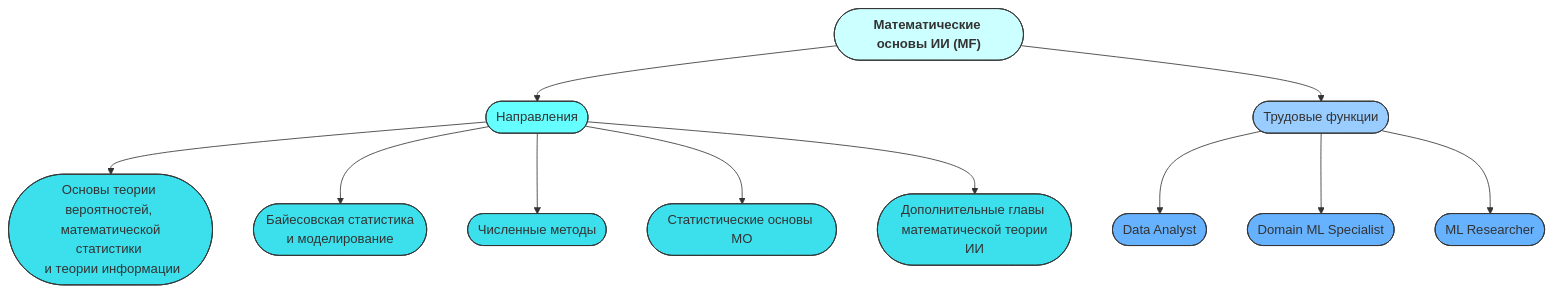
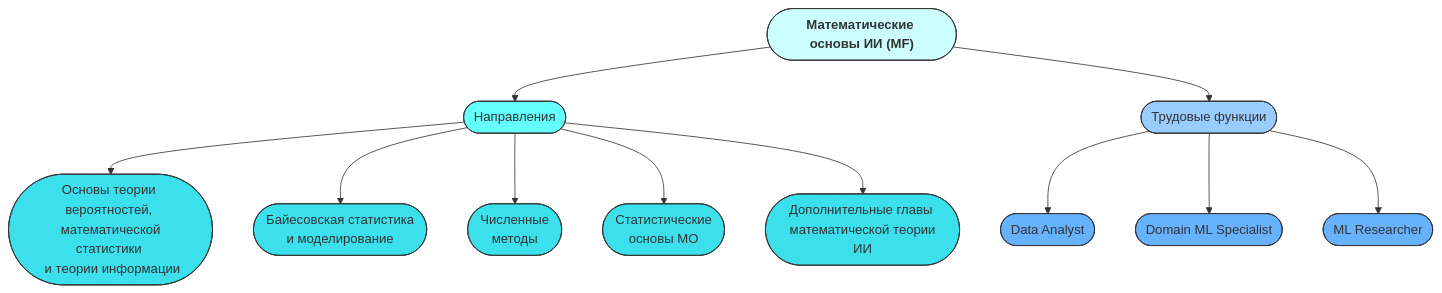
Before and after one commit to aimclub/ai-competency-model: the first of 2 diagrams in README.md, drawn with Mermaid.

````diff
--- a/README.md
+++ b/README.md
@@ -3,30 +3,30 @@
 ```mermaid
 graph TD;
 classDef areaMathStyle fill:#CCFFFF,stroke:#333,stroke-width:1px
 classDef areasMath fill:#66FFFF,stroke:#333,stroke-width:1px
 classDef jobsMath fill:#99CCFF,stroke:#333,stroke-width:1px
 classDef aspectMathStyle fill:#3BE0EC,stroke:#333,stroke-width:1px
 classDef jobsMathStyle fill:#66B2FF,stroke:#333,stroke-width:1px
 
 AreaMath(["`**Математические основы ИИ (MF)**`"]):::areaMathStyle -->apectsMath(["Направления"]):::areasMath
 apectsMath -->aspectProbabilityStatistics(["Основы теории вероятностей, <br> математической статистики <br> и теории информации"]):::aspectMathStyle
 apectsMath -->aspectBayesStatistics(["Байесовская статистика <br> и моделирование"]):::aspectMathStyle
-apectsMath -->aspectNumericMethods(["Численные методы"]):::aspectMathStyle
-apectsMath -->aspectMLStatistics(["Статистические основы МО"]):::aspectMathStyle
+apectsMath -->aspectNumericMethods(["Численные <br> методы"]):::aspectMathStyle
+apectsMath -->aspectMLStatistics(["Статистические <br> основы МО"]):::aspectMathStyle
 apectsMath -->aspectAdditionalAIMath(["Дополнительные главы <br> математической теории ИИ"]):::aspectMathStyle
 
 AreaMath -->jobsMath(["Трудовые функции"]):::jobsMath
 jobsMath -->MathJobsDataAnalyst(["Data Analyst"]):::jobsMathStyle
 jobsMath -->MathJobsDomainMLSpecialist(["Domain ML Specialist"]):::jobsMathStyle
 jobsMath -->MathJobsMLResearcher(["ML Researcher"]):::jobsMathStyle
 
 click aspectProbabilityStatistics "https://github.com/VoidSubjucator/Competence-Bank/blob/main/Math/AIMathBasics/aspectProbabilityStatistics.md"
 click aspectBayesStatistics "https://github.com/VoidSubjucator/Competence-Bank/blob/main/Math/AIMathBasics/aspectBayesStatistics.md"
 click aspectNumericMethods "https://github.com/VoidSubjucator/Competence-Bank/blob/main/Math/AIMathBasics/aspectNumericMethods.md"
 click aspectMLStatistics "https://github.com/VoidSubjucator/Competence-Bank/blob/main/Math/AIMathBasics/aspectMLStatistics.md"
 click aspectAdditionalAIMath "https://github.com/VoidSubjucator/Competence-Bank/blob/main/Math/AIMathBasics/aspectAdditionalAIMath.md"
 
 click MathJobsDataAnalyst "https://github.com/VoidSubjucator/Competence-Bank/blob/main/Math/AIMathBasics/jobDataAnalyst.md" _blank
 click MathJobsDomainMLSpecialist "https://github.com/VoidSubjucator/Competence-Bank/blob/main/Math/AIMathBasics/jobDomainMLSpecialist.md" _blank
 click MathJobsMLResearcher "https://github.com/VoidSubjucator/Competence-Bank/blob/main/Math/AIMathBasics/jobMLResearcher.md" _blank
 ```
````
